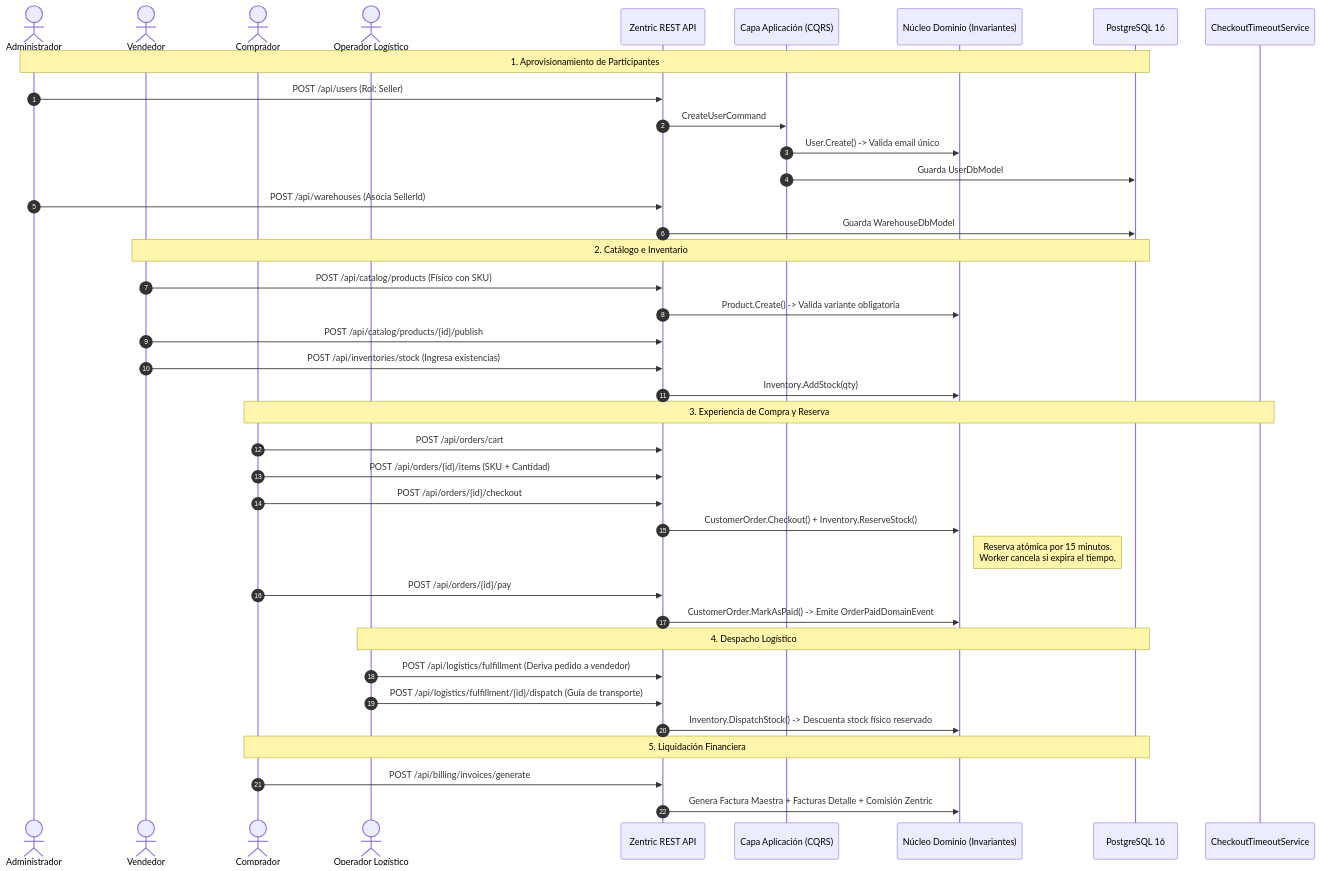
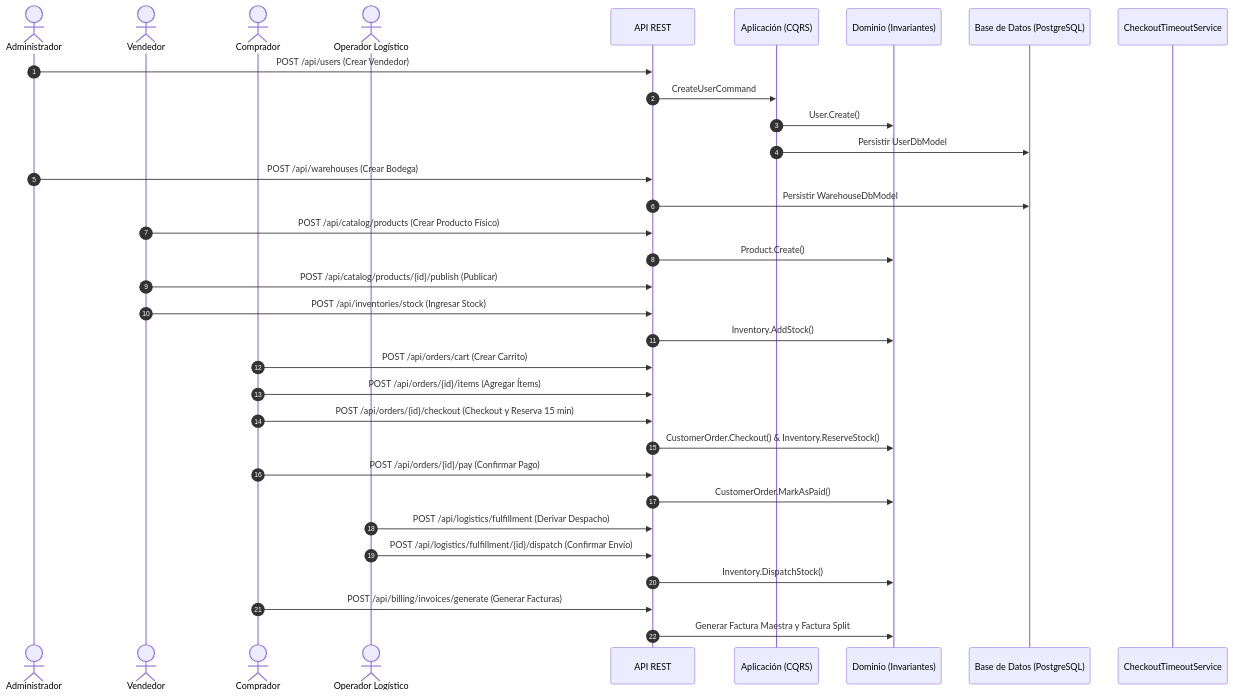
Before and after one commit to D-MachadoDev/zentric-backend: the third of 3 diagrams in README.md, drawn with Mermaid. The commit also changed other lines of this file, not shown here.

Commit message:
docs: refinar readme con estilo neutral, alto contraste en mermaid y matriz tecnica sin clasificaciones

````diff
--- a/README.md
+++ b/README.md
@@ -252,46 +231,42 @@
 ```mermaid
 sequenceDiagram
     autonumber
     actor Admin as Administrador
     actor Seller as Vendedor
     actor Buyer as Comprador
     actor Logistics as Operador Logístico
-    participant API as Zentric REST API
-    participant App as Capa Aplicación (CQRS)
-    participant Domain as Núcleo Dominio (Invariantes)
-    participant DB as PostgreSQL 16
+    participant API as API REST
+    participant App as Aplicación (CQRS)
+    participant Domain as Dominio (Invariantes)
+    participant DB as Base de Datos (PostgreSQL)
     participant Worker as CheckoutTimeoutService
 
-    Note over Admin,DB: 1. Aprovisionamiento de Participantes
-    Admin->>API: POST /api/users (Rol: Seller)
+    Admin->>API: POST /api/users (Crear Vendedor)
     API->>App: CreateUserCommand
-    App->>Domain: User.Create() -> Valida email único
-    App->>DB: Guarda UserDbModel
-    Admin->>API: POST /api/warehouses (Asocia SellerId)
-    API->>DB: Guarda WarehouseDbModel
+    App->>Domain: User.Create()
+    App->>DB: Persistir UserDbModel
 
-    Note over Seller,DB: 2. Catálogo e Inventario
-    Seller->>API: POST /api/catalog/products (Físico con SKU)
-    API->>Domain: Product.Create() -> Valida variante obligatoria
-    Seller->>API: POST /api/catalog/products/{id}/publish
-    Seller->>API: POST /api/inventories/stock (Ingresa existencias)
-    API->>Domain: Inventory.AddStock(qty)
+    Admin->>API: POST /api/warehouses (Crear Bodega)
+    API->>DB: Persistir WarehouseDbModel
 
-    Note over Buyer,Worker: 3. Experiencia de Compra y Reserva
-    Buyer->>API: POST /api/orders/cart
-    Buyer->>API: POST /api/orders/{id}/items (SKU + Cantidad)
-    Buyer->>API: POST /api/orders/{id}/checkout
-    API->>Domain: CustomerOrder.Checkout() + Inventory.ReserveStock()
-    Note right of Domain: Reserva atómica por 15 minutos.<br/>Worker cancela si expira el tiempo.
-    Buyer->>API: POST /api/orders/{id}/pay
-    API->>Domain: CustomerOrder.MarkAsPaid() -> Emite OrderPaidDomainEvent
+    Seller->>API: POST /api/catalog/products (Crear Producto Físico)
+    API->>Domain: Product.Create()
+    Seller->>API: POST /api/catalog/products/{id}/publish (Publicar)
+    Seller->>API: POST /api/inventories/stock (Ingresar Stock)
+    API->>Domain: Inventory.AddStock()
 
-    Note over Logistics,DB: 4. Despacho Logístico
-    Logistics->>API: POST /api/logistics/fulfillment (Deriva pedido a vendedor)
-    Logistics->>API: POST /api/logistics/fulfillment/{id}/dispatch (Guía de transporte)
-    API->>Domain: Inventory.DispatchStock() -> Descuenta stock físico reservado
+    Buyer->>API: POST /api/orders/cart (Crear Carrito)
+    Buyer->>API: POST /api/orders/{id}/items (Agregar Ítems)
+    Buyer->>API: POST /api/orders/{id}/checkout (Checkout y Reserva 15 min)
+    API->>Domain: CustomerOrder.Checkout() & Inventory.ReserveStock()
 
-    Note over Buyer,DB: 5. Liquidación Financiera
-    Buyer->>API: POST /api/billing/invoices/generate
-    API->>Domain: Genera Factura Maestra + Facturas Detalle + Comisión Zentric
+    Buyer->>API: POST /api/orders/{id}/pay (Confirmar Pago)
+    API->>Domain: CustomerOrder.MarkAsPaid()
+
+    Logistics->>API: POST /api/logistics/fulfillment (Derivar Despacho)
+    Logistics->>API: POST /api/logistics/fulfillment/{id}/dispatch (Confirmar Envío)
+    API->>Domain: Inventory.DispatchStock()
+
+    Buyer->>API: POST /api/billing/invoices/generate (Generar Facturas)
+    API->>Domain: Generar Factura Maestra y Factura Split
 ```
````
